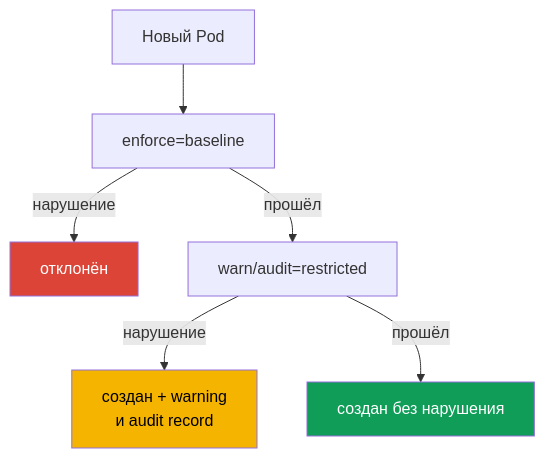
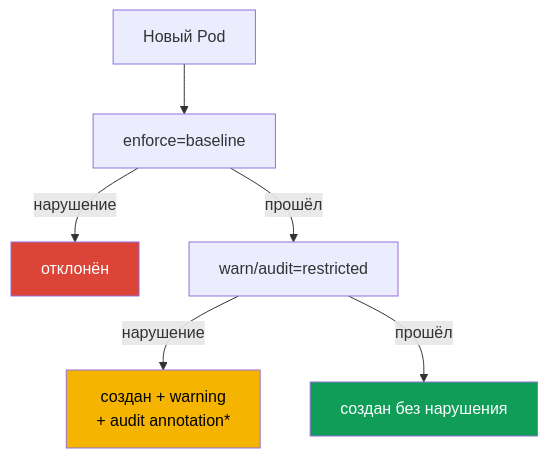
One commit to ViktorUJ/cks changed the second of 2 diagrams in tasks/cks/course/19/ru.md. Above: the diagram before and after it, drawn with Mermaid. The commit also changed other lines of this file and 7 other files, not shown here.

````diff
--- a/tasks/cks/course/19/ru.md
+++ b/tasks/cks/course/19/ru.md
@@ -139,11 +141,11 @@
 ```mermaid
 flowchart TB
     pod["Новый Pod"] --> base["enforce=baseline"]
     base -->|"нарушение"| rejected["отклонён"]
     base -->|"прошёл"| strict["warn/audit=restricted"]
-    strict -->|"нарушение"| admitted["создан + warning<br/>и audit record"]
+    strict -->|"нарушение"| admitted["создан + warning<br/>+ audit annotation*"]
     strict -->|"прошёл"| clean["создан без нарушения"]
     style rejected fill:#db4437,color:#fff
     style admitted fill:#f4b400,color:#000
     style clean fill:#0f9d58,color:#fff
 ```
````
